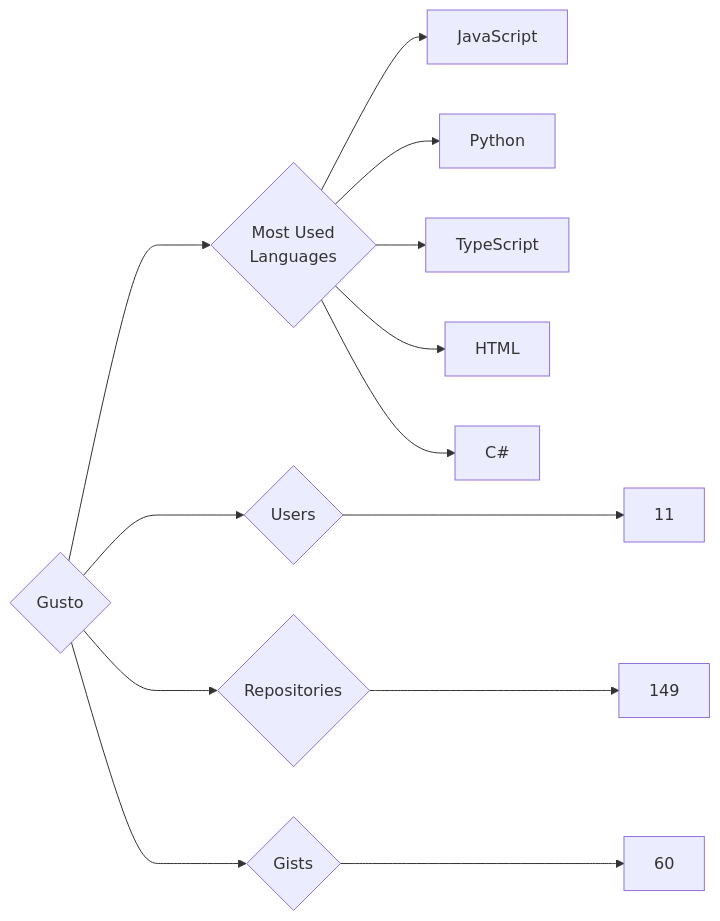
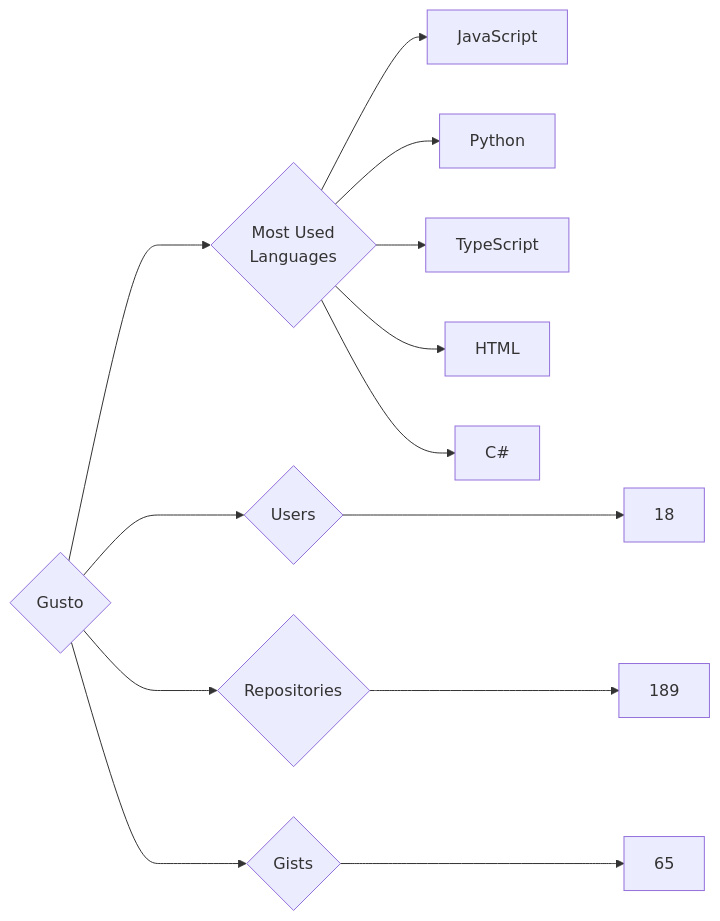
Before and after one commit to trickest/insiders: the diagram in targets/Gusto/README.md, drawn with Mermaid. The commit also changed 657 other files, not shown here.

````diff
--- a/targets/Gusto/README.md
+++ b/targets/Gusto/README.md
@@ -3,13 +3,13 @@
 ```mermaid
 graph LR
 COMPANY_NAME{Gusto}
-COMPANY_NAME ---> U{Users} ---> UN[11]
-COMPANY_NAME ---> R{Repositories} ---> RN[149]
-COMPANY_NAME ---> G{Gists} ---> GN[60]
+COMPANY_NAME ---> U{Users} ---> UN[18]
+COMPANY_NAME ---> R{Repositories} ---> RN[189]
+COMPANY_NAME ---> G{Gists} ---> GN[65]
 COMPANY_NAME ---> ML{Most Used<br>Languages}
 ML --> JavaScript[JavaScript]
 ML --> Python[Python]
 ML --> TypeScript[TypeScript]
 ML --> HTML[HTML]
 ML --> C#[C#]
 ```
````
